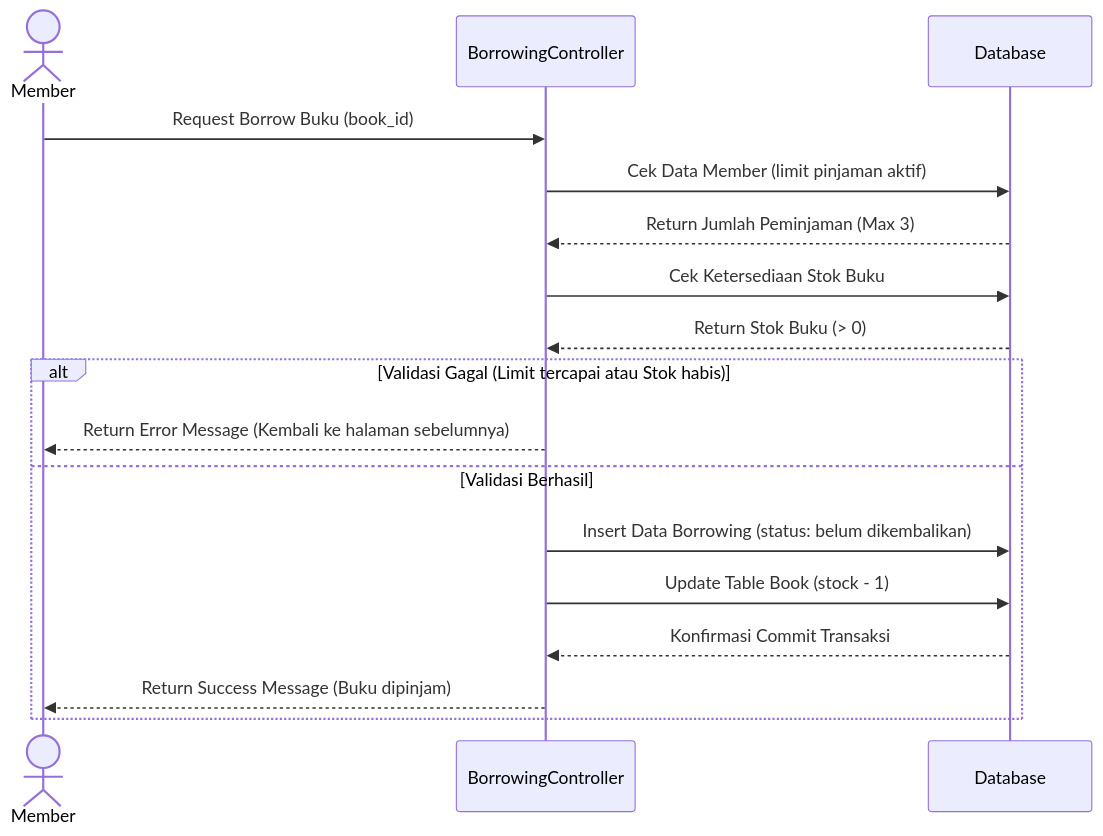
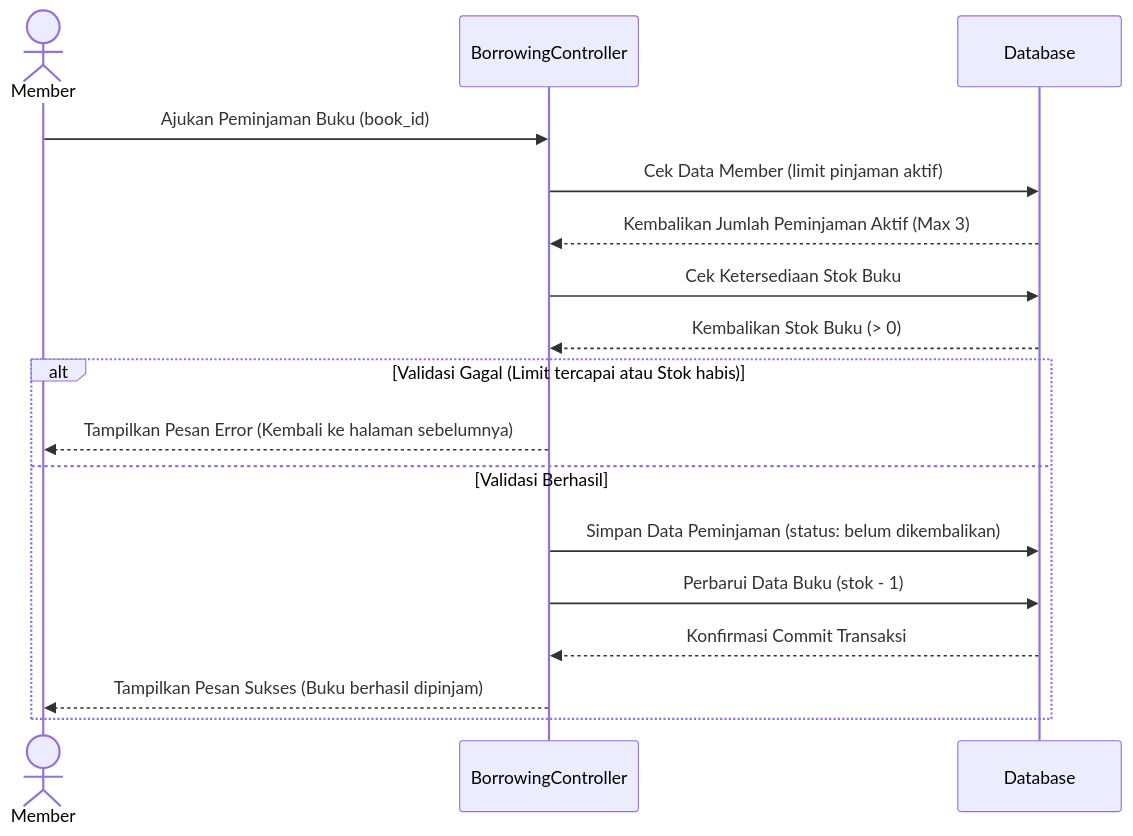
The third of 9 diagrams in documentation.md (25091397085-stack/rpl-perpustakaan), drawn with Mermaid before and after one commit. The commit also changed other lines of this file, not shown here.

Commit message:
sequence

````diff
--- a/documentation.md
+++ b/documentation.md
@@ -91,22 +91,22 @@
 ```mermaid
 sequenceDiagram
     actor Member
     participant Controller as BorrowingController
     participant DB as Database
 
-    Member->>Controller: Request Borrow Buku (book_id)
+    Member->>Controller: Ajukan Peminjaman Buku (book_id)
     Controller->>DB: Cek Data Member (limit pinjaman aktif)
-    DB-->>Controller: Return Jumlah Peminjaman (Max 3)
+    DB-->>Controller: Kembalikan Jumlah Peminjaman Aktif (Max 3)
     
     Controller->>DB: Cek Ketersediaan Stok Buku
-    DB-->>Controller: Return Stok Buku (> 0)
+    DB-->>Controller: Kembalikan Stok Buku (> 0)
     
     alt Validasi Gagal (Limit tercapai atau Stok habis)
-        Controller-->>Member: Return Error Message (Kembali ke halaman sebelumnya)
+        Controller-->>Member: Tampilkan Pesan Error (Kembali ke halaman sebelumnya)
     else Validasi Berhasil
-        Controller->>DB: Insert Data Borrowing (status: belum dikembalikan)
-        Controller->>DB: Update Table Book (stock - 1)
+        Controller->>DB: Simpan Data Peminjaman (status: belum dikembalikan)
+        Controller->>DB: Perbarui Data Buku (stok - 1)
         DB-->>Controller: Konfirmasi Commit Transaksi
-        Controller-->>Member: Return Success Message (Buku dipinjam)
+        Controller-->>Member: Tampilkan Pesan Sukses (Buku berhasil dipinjam)
     end
 ```
````
